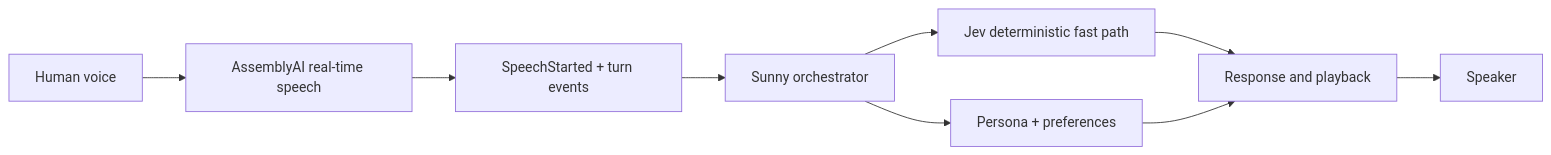
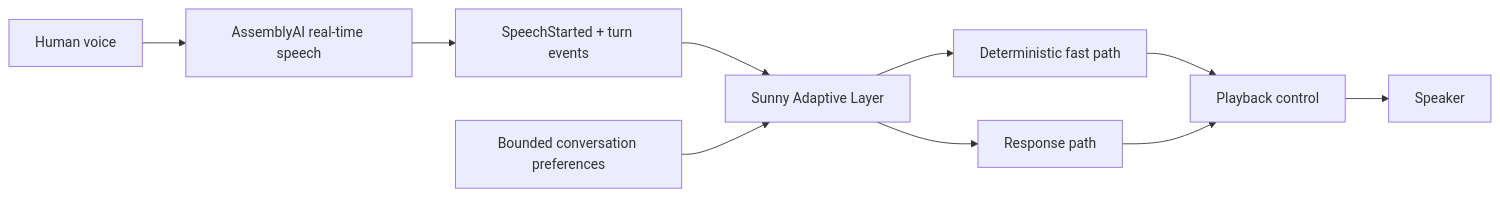
One commit to rickytzai/sunny-mi087 changed the diagram in README.md. Above: the diagram before and after it, drawn with Mermaid. The commit also changed other lines of this file and 13 other files, not shown here.

````diff
--- a/README.md
+++ b/README.md
@@ -23,11 +41,12 @@
-```mermaid
+~~~mermaid
 flowchart LR
     A[Human voice] --> B[AssemblyAI real-time speech]
     B --> C[SpeechStarted + turn events]
-    C --> D[Sunny orchestrator]
-    D --> E[Jev deterministic fast path]
-    D --> F[Persona + preferences]
-    E --> G[Response and playback]
+    C --> D[Sunny Adaptive Layer]
+    P[Bounded conversation preferences] --> D
+    D --> E[Deterministic fast path]
+    D --> F[Response path]
+    E --> G[Playback control]
     F --> G
     G --> H[Speaker]
-```
+~~~
````
